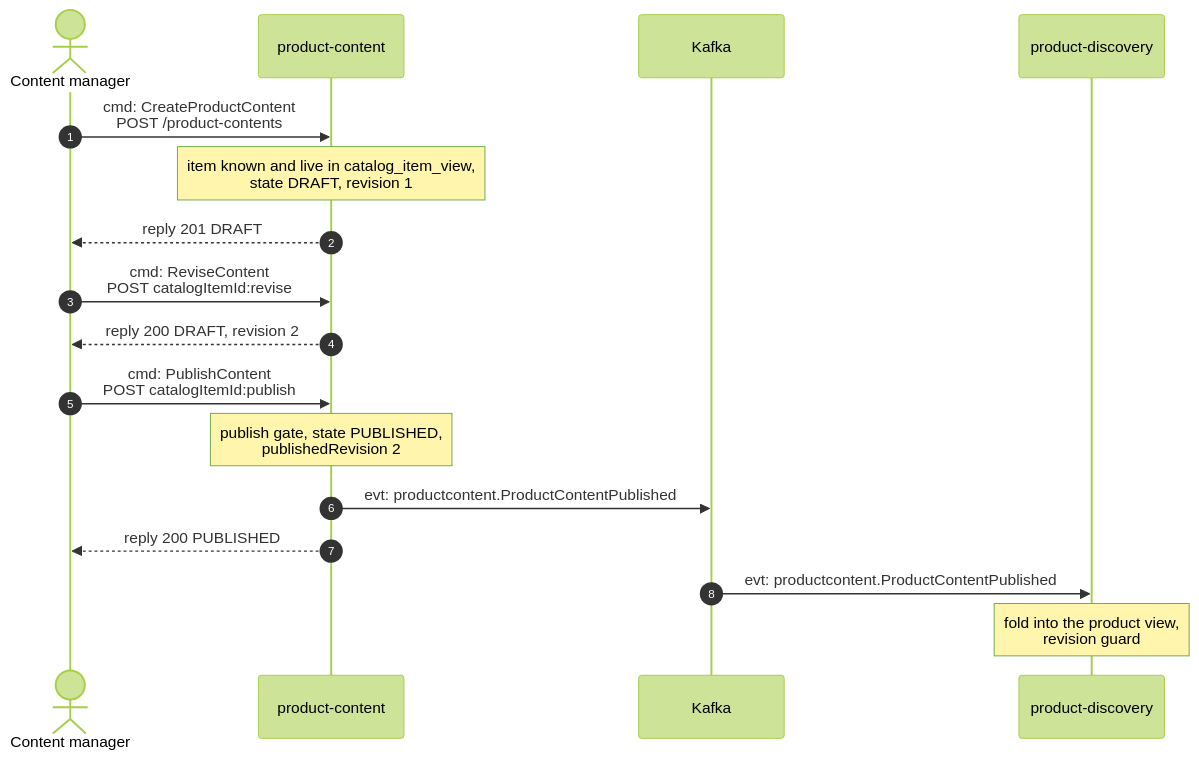
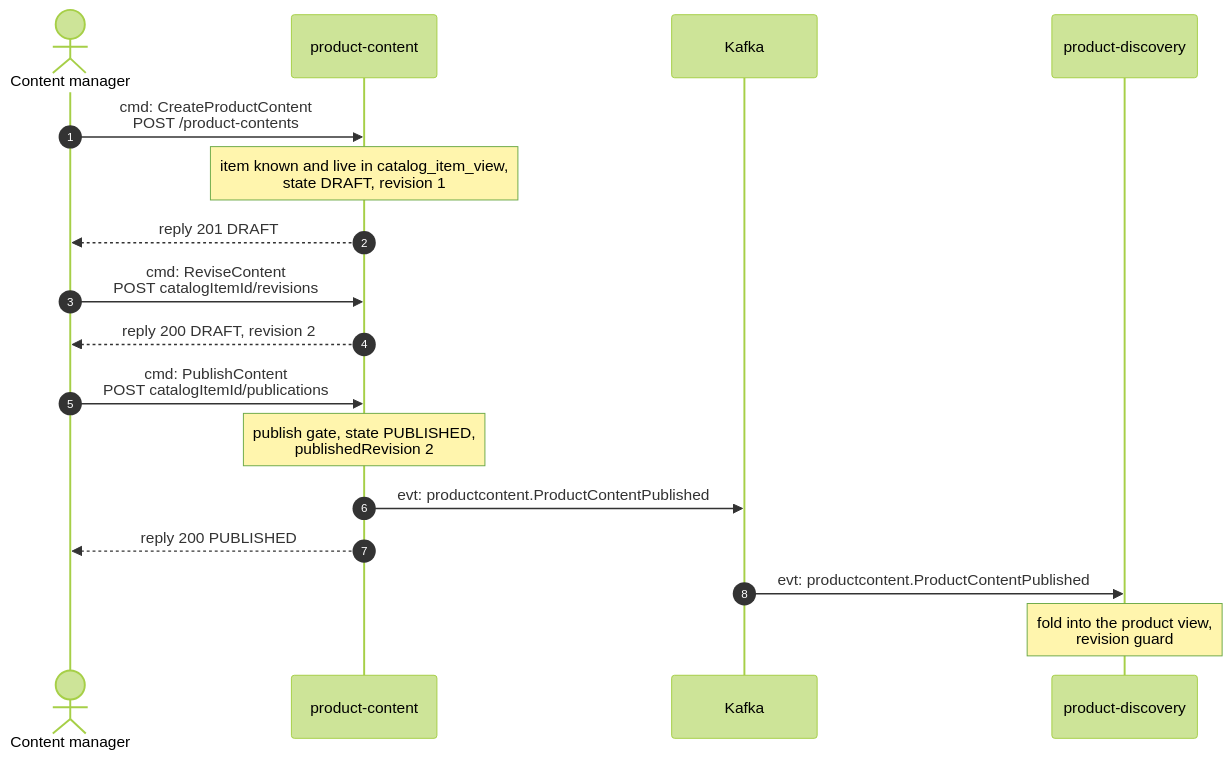
The first of 5 diagrams in docs/docs/ddd/domain-message-flow.md (IQVO/product-content), drawn with Mermaid (forest theme) before and after one commit. The commit also changed other lines of this file and 53 other files, not shown here.

````diff
--- a/docs/docs/ddd/domain-message-flow.md
+++ b/docs/docs/ddd/domain-message-flow.md
@@ -22,19 +22,19 @@
 ```mermaid
 sequenceDiagram
     autonumber
     actor CM as Content manager
     participant PC as product-content
     participant K as Kafka
     participant PD as product-discovery
     CM->>PC: cmd: CreateProductContent<br/>POST /product-contents
     Note over PC: item known and live in catalog_item_view,<br/>state DRAFT, revision 1
     PC-->>CM: reply 201 DRAFT
-    CM->>PC: cmd: ReviseContent<br/>POST catalogItemId:revise
+    CM->>PC: cmd: ReviseContent<br/>POST catalogItemId/revisions
     PC-->>CM: reply 200 DRAFT, revision 2
-    CM->>PC: cmd: PublishContent<br/>POST catalogItemId:publish
+    CM->>PC: cmd: PublishContent<br/>POST catalogItemId/publications
     Note over PC: publish gate, state PUBLISHED,<br/>publishedRevision 2
     PC->>K: evt: productcontent.ProductContentPublished
     PC-->>CM: reply 200 PUBLISHED
     K->>PD: evt: productcontent.ProductContentPublished
     Note over PD: fold into the product view,<br/>revision guard
 ```
````
